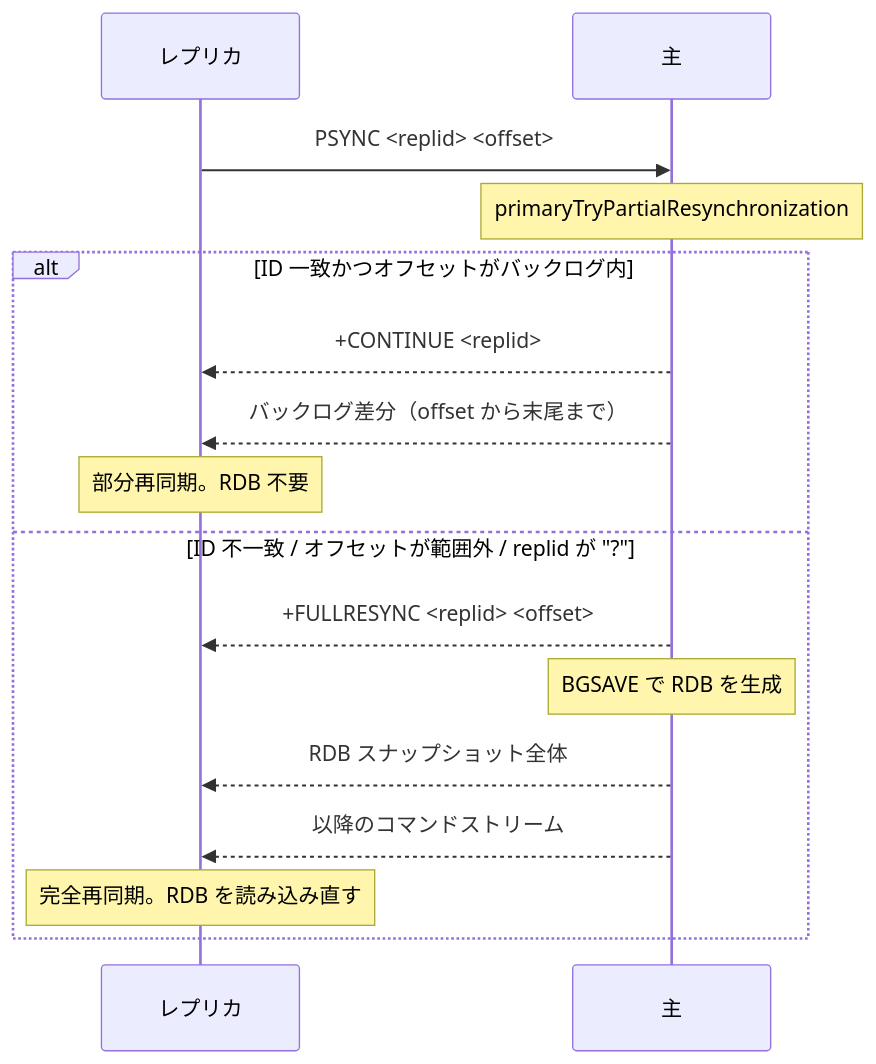
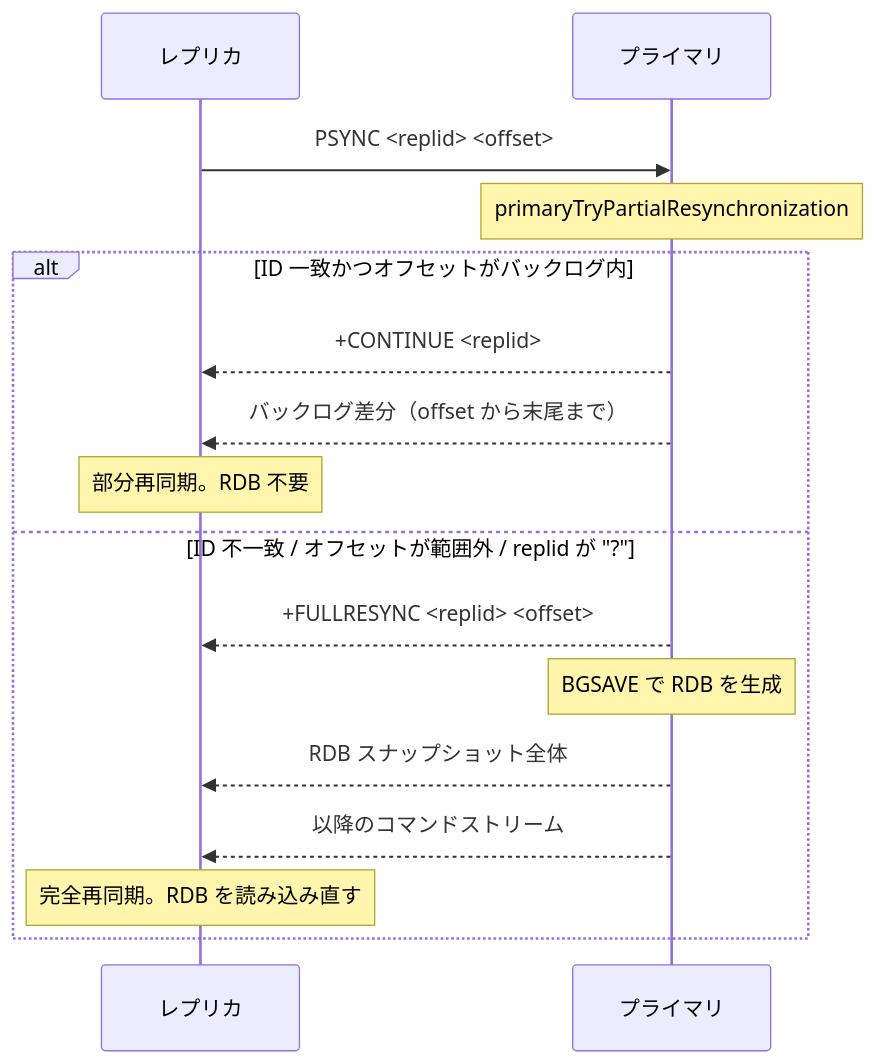
Before and after one commit to miyamadoKL/source-code-reading: the first of 2 diagrams in valkey/part07-replication-cluster/38-replication.md, drawn with Mermaid. The commit also changed other lines of this file and 3 other files, not shown here.

````diff
--- a/valkey/part07-replication-cluster/38-replication.md
+++ b/valkey/part07-replication-cluster/38-replication.md
@@ -306,18 +306,18 @@
 ```mermaid
 sequenceDiagram
     participant R as レプリカ
-    participant P as 主
+    participant P as プライマリ
     R->>P: PSYNC <replid> <offset>
     Note over P: primaryTryPartialResynchronization
     alt ID 一致かつオフセットがバックログ内
         P-->>R: +CONTINUE <replid>
         P-->>R: バックログ差分（offset から末尾まで）
         Note over R: 部分再同期。RDB 不要
     else ID 不一致 / オフセットが範囲外 / replid が "?"
         P-->>R: +FULLRESYNC <replid> <offset>
         Note over P: BGSAVE で RDB を生成
         P-->>R: RDB スナップショット全体
         P-->>R: 以降のコマンドストリーム
         Note over R: 完全再同期。RDB を読み込み直す
     end
 ```
````
